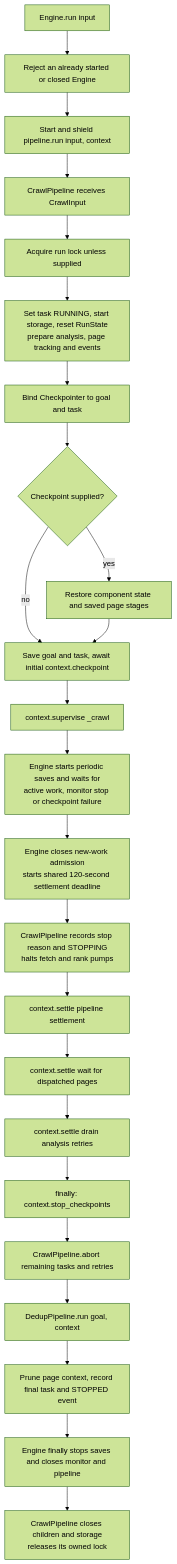
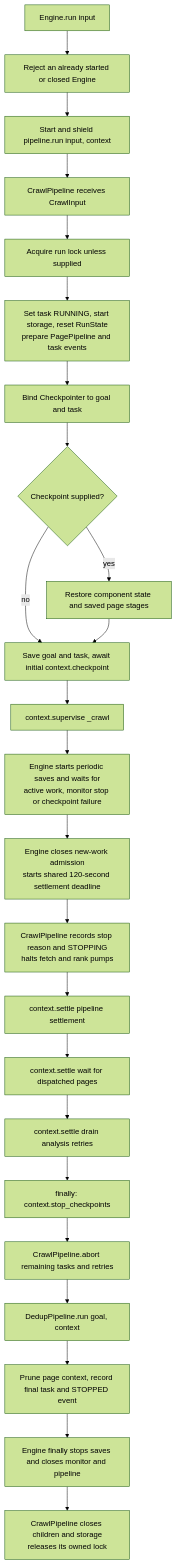
Before and after one commit to shixuan/crawl-me-maybe: the second of 7 diagrams in docs/engine.md, drawn with Mermaid (forest theme). The commit also changed other lines of this file and 13 other files, not shown here.

Commit message:
refactor: let page pipeline own analysis lifecycle

````diff
--- a/docs/engine.md
+++ b/docs/engine.md
@@ -75,26 +88,26 @@
 ```mermaid
 flowchart TD
     Entry[Engine.run input] --> Guard[Reject an already started or closed Engine]
     Guard --> Root[Start and shield pipeline.run input, context]
     Root --> Crawl[CrawlPipeline receives CrawlInput]
     Crawl --> Lock[Acquire run lock unless supplied]
-    Lock --> Prepare[Set task RUNNING, start storage, reset RunState<br/>prepare analysis, page tracking and events]
+    Lock --> Prepare[Set task RUNNING, start storage, reset RunState<br/>prepare PagePipeline and task events]
     Prepare --> Bind[Bind Checkpointer to goal and task]
     Bind --> Restore{Checkpoint supplied?}
     Restore -->|yes| Load[Restore component state and saved page stages]
     Restore -->|no| Save
     Load --> Save[Save goal and task, await initial context.checkpoint]
     Save --> Active[context.supervise _crawl]
     Active --> Supervise[Engine starts periodic saves and waits for<br/>active work, monitor stop or checkpoint failure]
     Supervise --> Stop[Engine closes new-work admission<br/>starts shared 120-second settlement deadline]
     Stop --> Halt[CrawlPipeline records stop reason and STOPPING<br/>halts fetch and rank pumps]
     Halt --> Settle[context.settle pipeline settlement]
     Settle --> Pages[context.settle wait for dispatched pages]
     Pages --> Retries[context.settle drain analysis retries]
     Retries --> Freeze[finally: context.stop_checkpoints]
     Freeze --> Abort[CrawlPipeline.abort remaining tasks and retries]
     Abort --> Dedup[DedupPipeline.run goal, context]
     Dedup --> Finish[Prune page context, record final task and STOPPED event]
     Finish --> Close[Engine finally stops saves and closes monitor and pipeline]
     Close --> Resources[CrawlPipeline closes children and storage<br/>releases its owned lock]
 ```
````
